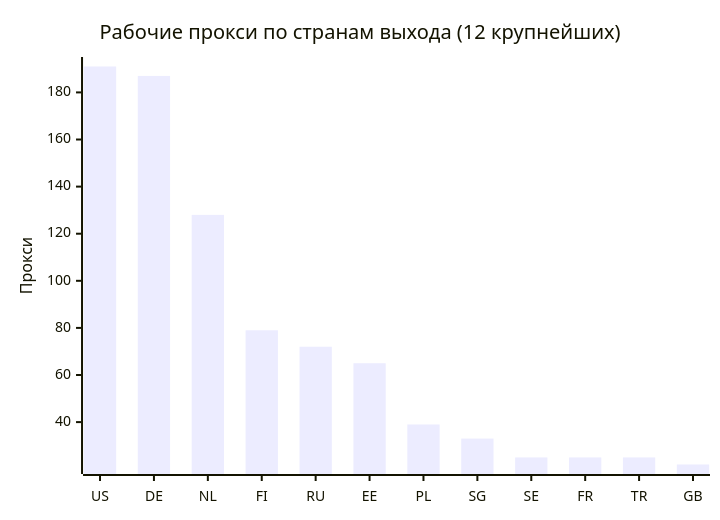
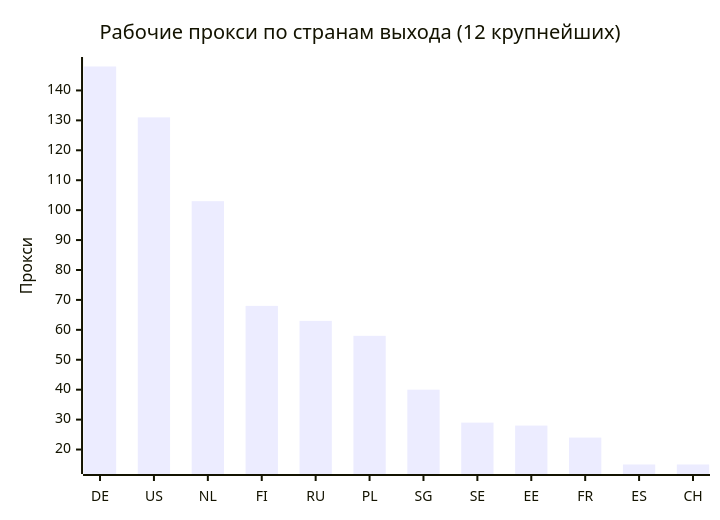
Before and after one commit to rvvg/proxy-subs: the second of 4 diagrams in README.md, drawn with Mermaid. The commit also changed other lines of this file and 62 other files, not shown here.

````diff
--- a/README.md
+++ b/README.md
@@ -143,7 +137,7 @@
 ```mermaid
 xychart-beta
     title "Рабочие прокси по странам выхода (12 крупнейших)"
-    x-axis ["US", "DE", "NL", "FI", "RU", "EE", "PL", "SG", "SE", "FR", "TR", "GB"]
+    x-axis ["DE", "US", "NL", "FI", "RU", "PL", "SG", "SE", "EE", "FR", "ES", "CH"]
     y-axis "Прокси"
-    bar [191, 187, 128, 79, 72, 65, 39, 33, 25, 25, 25, 22]
+    bar [148, 131, 103, 68, 63, 58, 40, 29, 28, 24, 15, 15]
 ```
````
